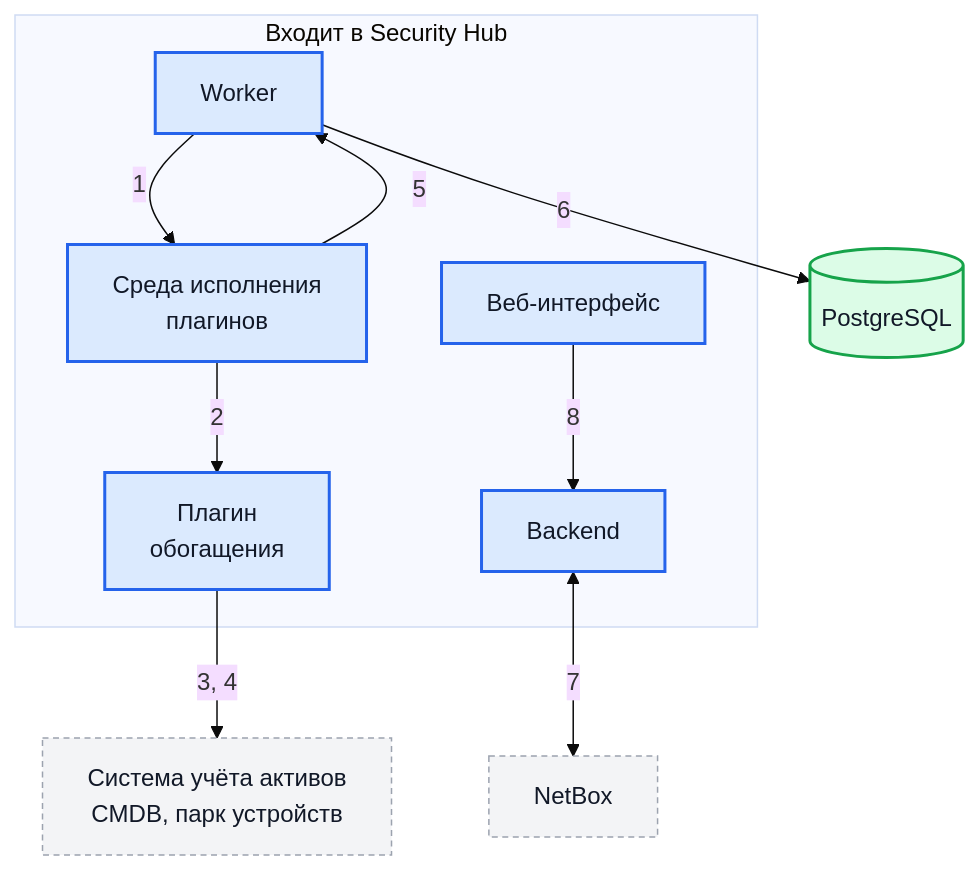
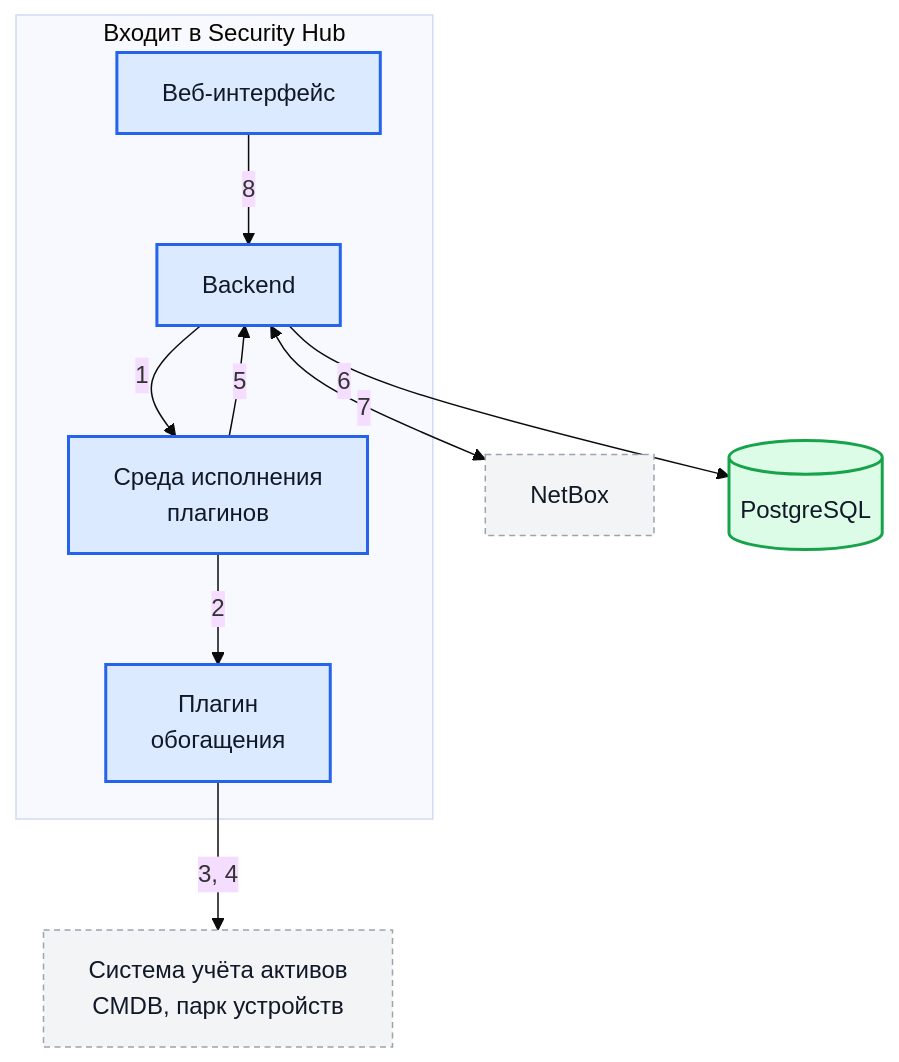
The seventh of 8 diagrams in docs/use-cases.md (s3m4rgl/hub-docs), drawn with Mermaid (base theme) before and after one commit. The commit also changed other lines of this file and 53 other files, not shown here.

````diff
--- a/docs/use-cases.md
+++ b/docs/use-cases.md
@@ -342,29 +343,28 @@
 ```mermaid
 flowchart TD
     subgraph HubBox["Входит в Security Hub"]
         API["Backend"]
-        Worker["Worker"]
         Runner["Среда исполнения<br/>плагинов"]
         Plugin["Плагин<br/>обогащения"]
         UI["Веб-интерфейс"]
     end
 
     CMDB["Система учёта активов<br/>CMDB, парк устройств"]
     NetBox["NetBox"]
     DB[("PostgreSQL")]
 
-    Worker --> |"1"| Runner
+    API --> |"1"| Runner
     Runner --> |"2"| Plugin
     Plugin --> |"3, 4"| CMDB
-    Runner --> |"5"| Worker
-    Worker --> |"6"| DB
+    Runner --> |"5"| API
+    API --> |"6"| DB
     API <--> |"7"| NetBox
     UI --> |"8"| API
 
     classDef hub fill:#dbeafe,stroke:#2563eb,stroke-width:2px,color:#111827
     classDef ext fill:#f3f4f6,stroke:#9ca3af,stroke-width:1px,stroke-dasharray:4 3,color:#111827
     classDef store fill:#dcfce7,stroke:#16a34a,stroke-width:2px,color:#111827
-    class API,Worker,Runner,Plugin,UI hub
+    class API,Runner,Plugin,UI hub
     class CMDB,NetBox ext
     class DB store
 ```
````
